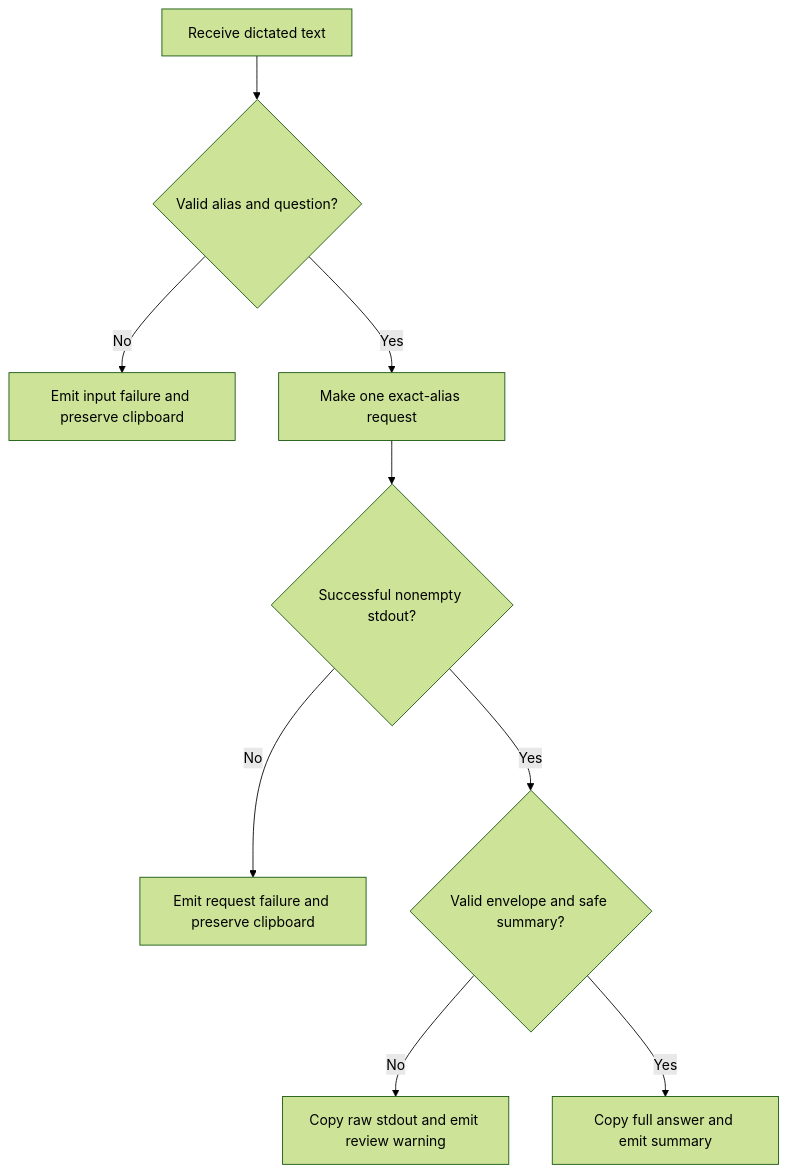
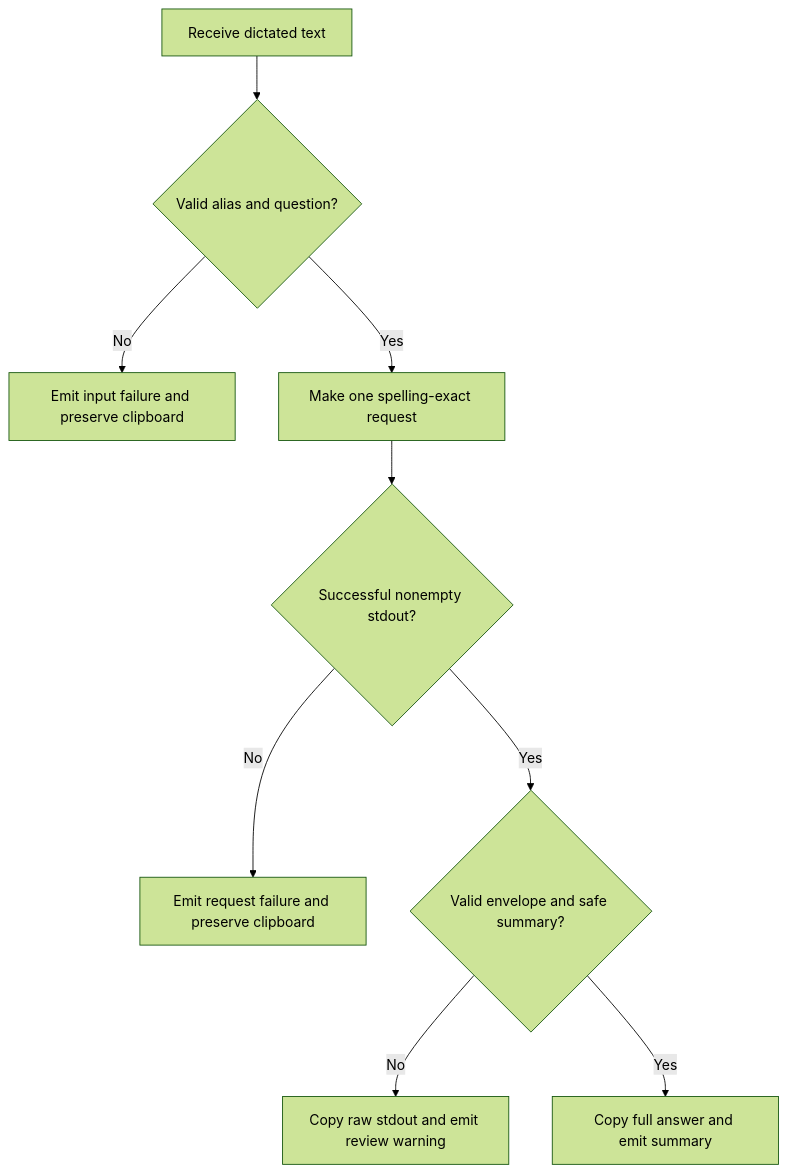
The third of 3 diagrams in docs/plans/2026-07-30-001-feat-macos-voice-shortcut-plan.md (swartzrock/llm-now), drawn with Mermaid (forest theme) before and after one commit. The commit also changed other lines of this file and 4 other files, not shown here.

````diff
--- a/docs/plans/2026-07-30-001-feat-macos-voice-shortcut-plan.md
+++ b/docs/plans/2026-07-30-001-feat-macos-voice-shortcut-plan.md
@@ -209,11 +209,11 @@
 ```mermaid
 flowchart TB
   A["Receive dictated text"] --> B{"Valid alias and question?"}
   B -->|No| C["Emit input failure and preserve clipboard"]
-  B -->|Yes| D["Make one exact-alias request"]
+  B -->|Yes| D["Make one spelling-exact request"]
   D --> E{"Successful nonempty stdout?"}
   E -->|No| F["Emit request failure and preserve clipboard"]
   E -->|Yes| G{"Valid envelope and safe summary?"}
   G -->|No| H["Copy raw stdout and emit review warning"]
   G -->|Yes| I["Copy full answer and emit summary"]
 ```
````
